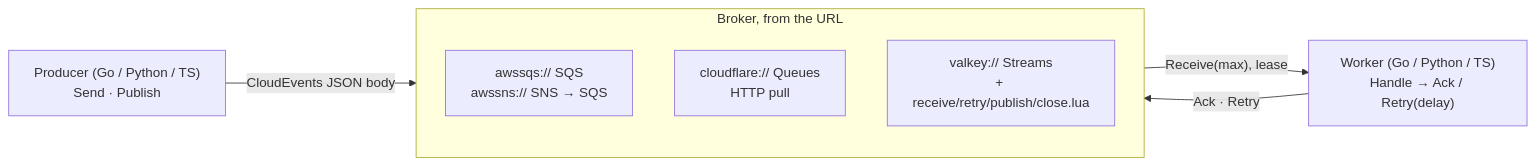
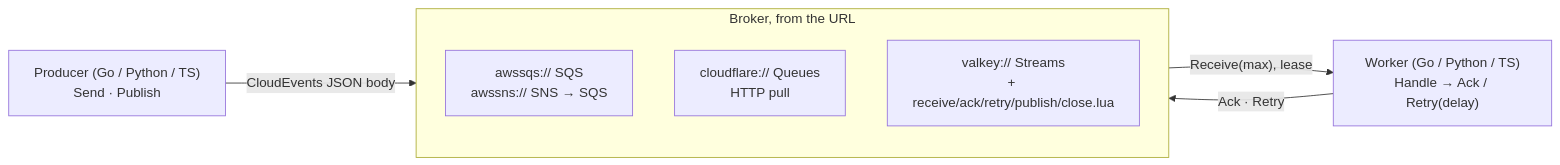
The diagram in packages/queue/README.md (Pandoks/pandoks.com), drawn with Mermaid before and after one commit. The commit also changed other lines of this file and 11 other files, not shown here.

Commit message:
fix(queue): ack valkey entries in one script and retry nan delays after backoff

````diff
--- a/packages/queue/README.md
+++ b/packages/queue/README.md
@@ -10,11 +10,11 @@
 ```mermaid
 graph LR
   P["Producer (Go / Python / TS)<br/>Send · Publish"] -->|CloudEvents JSON body| B
   subgraph B[Broker, from the URL]
     SQS["awssqs:// SQS<br/>awssns:// SNS → SQS"]
     CF["cloudflare:// Queues<br/>HTTP pull"]
-    V["valkey:// Streams<br/>+ receive/retry/publish/close.lua"]
+    V["valkey:// Streams<br/>+ receive/ack/retry/publish/close.lua"]
   end
   B -->|"Receive(max), lease"| W["Worker (Go / Python / TS)<br/>Handle → Ack / Retry(delay)"]
   W -->|"Ack · Retry"| B
 ```
````
